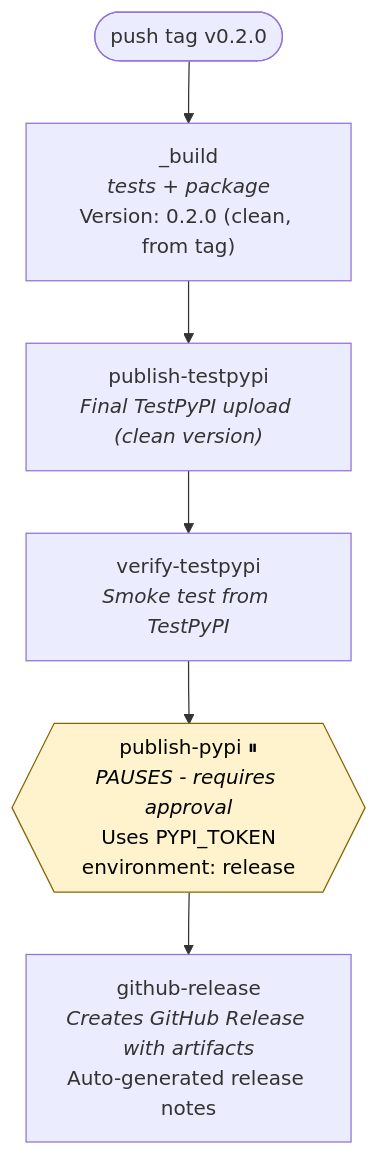
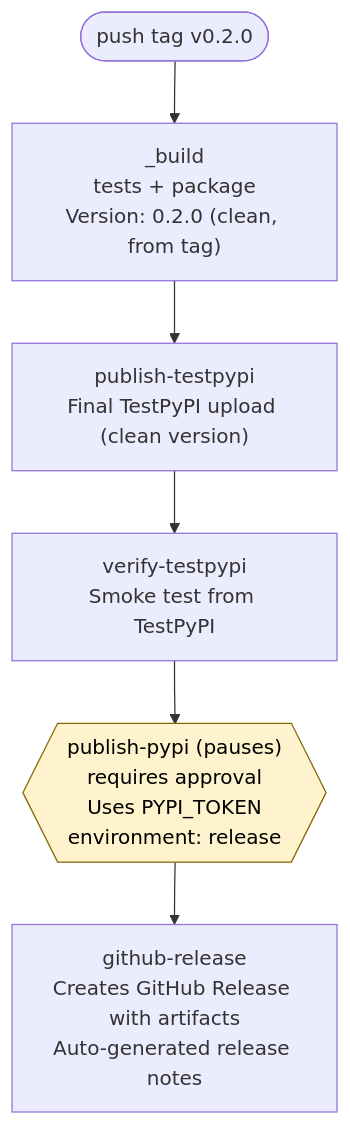
One commit to Azure/agentops changed the second of 3 diagrams in docs/release-process.md. Above: the diagram before and after it, drawn with Mermaid. The commit also changed other lines of this file, not shown here.

Commit message:
Fix mermaid syntax errors by removing unsupported <i> tags in release diagrams

````diff
--- a/docs/release-process.md
+++ b/docs/release-process.md
@@ -513,14 +513,14 @@
 ```mermaid
 flowchart TD
     tag(["push tag v0.2.0"])
-    build["_build<br/><i>tests + package</i><br/>Version: 0.2.0 (clean, from tag)"]
-    publishTest["publish-testpypi<br/><i>Final TestPyPI upload (clean version)</i>"]
-    verifyTest["verify-testpypi<br/><i>Smoke test from TestPyPI</i>"]
-    publishPypi{{"publish-pypi ⏸<br/><i>PAUSES - requires approval</i><br/>Uses PYPI_TOKEN<br/>environment: release"}}
-    ghRelease["github-release<br/><i>Creates GitHub Release with artifacts</i><br/>Auto-generated release notes"]
+    build["_build<br/>tests + package<br/>Version: 0.2.0 (clean, from tag)"]
+    publishTest["publish-testpypi<br/>Final TestPyPI upload (clean version)"]
+    verifyTest["verify-testpypi<br/>Smoke test from TestPyPI"]
+    publishPypi{{"publish-pypi (pauses)<br/>requires approval<br/>Uses PYPI_TOKEN<br/>environment: release"}}
+    ghRelease["github-release<br/>Creates GitHub Release with artifacts<br/>Auto-generated release notes"]
 
     tag --> build --> publishTest --> verifyTest --> publishPypi --> ghRelease
 
     classDef gate fill:#fff3cd,stroke:#856404,color:#000;
     class publishPypi gate;
 ```
````
